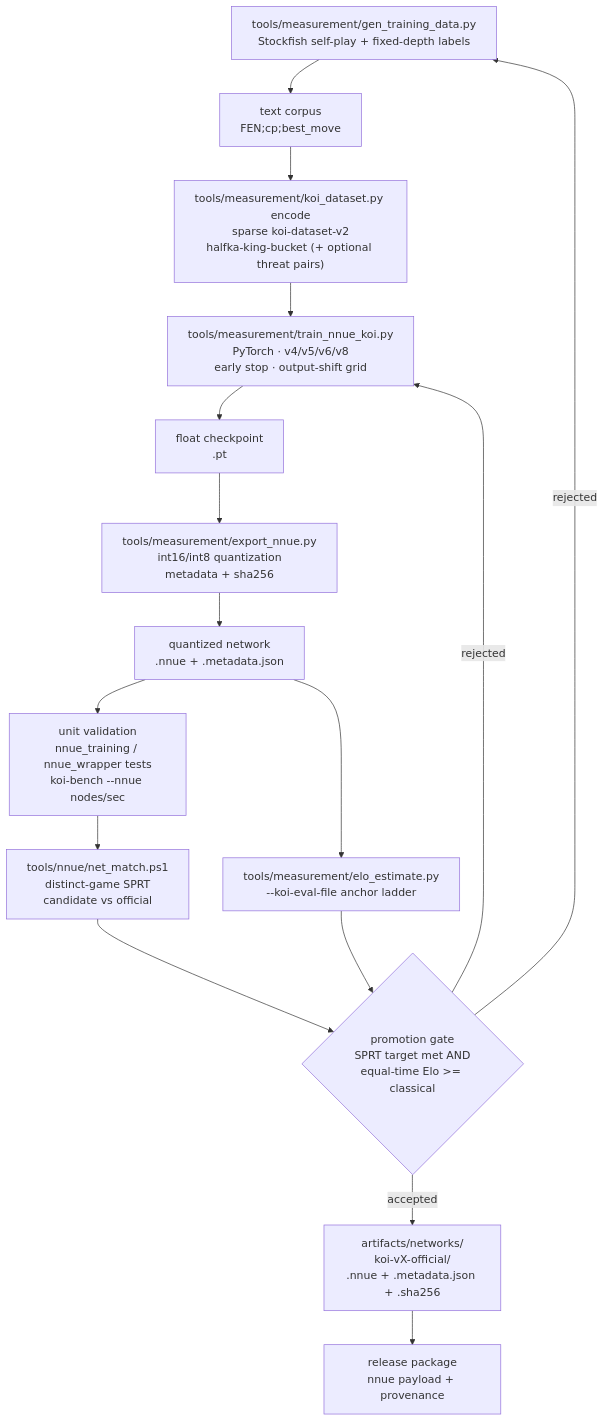
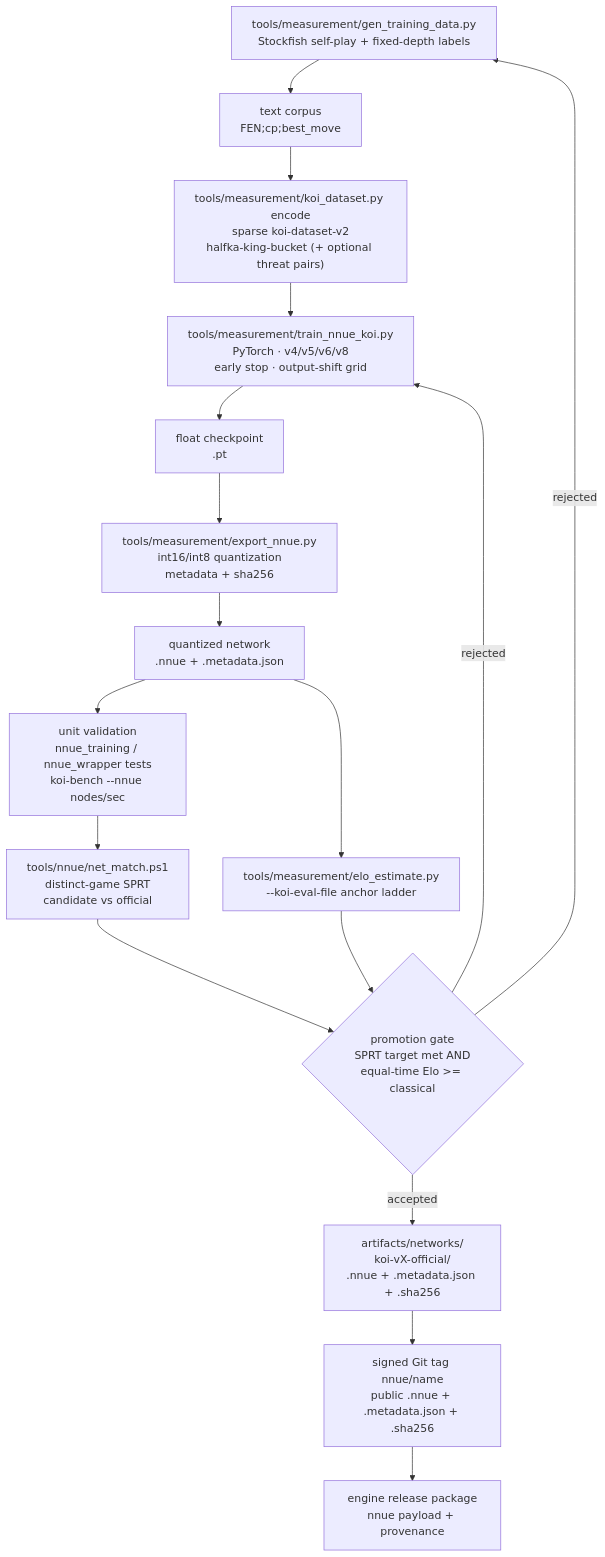
Before and after one commit to nhatquang1701/Koi: the diagram in docs/NNUE_PIPELINE.md, drawn with Mermaid. The commit also changed other lines of this file and 27 other files, not shown here.

````diff
--- a/docs/NNUE_PIPELINE.md
+++ b/docs/NNUE_PIPELINE.md
@@ -5,23 +5,24 @@
 ```mermaid
 flowchart TD
     DATA["tools/measurement/gen_training_data.py<br/>Stockfish self-play + fixed-depth labels"]
     TEXT["text corpus<br/>FEN;cp;best_move"]
     ENCODE["tools/measurement/koi_dataset.py encode<br/>sparse koi-dataset-v2<br/>halfka-king-bucket (+ optional threat pairs)"]
     TRAIN["tools/measurement/train_nnue_koi.py<br/>PyTorch · v4/v5/v6/v8<br/>early stop · output-shift grid"]
     FLOAT["float checkpoint<br/>.pt"]
     EXPORT["tools/measurement/export_nnue.py<br/>int16/int8 quantization<br/>metadata + sha256"]
     NET["quantized network<br/>.nnue + .metadata.json"]
     UNIT["unit validation<br/>nnue_training / nnue_wrapper tests<br/>koi-bench --nnue nodes/sec"]
     AB["tools/nnue/net_match.ps1<br/>distinct-game SPRT<br/>candidate vs official"]
     ABS["tools/measurement/elo_estimate.py<br/>--koi-eval-file anchor ladder"]
     GATE{"promotion gate<br/>SPRT target met AND<br/>equal-time Elo >= classical"}
     OFFICIAL["artifacts/networks/<br/>koi-vX-official/<br/>.nnue + .metadata.json + .sha256"]
-    RELEASE["release package<br/>nnue payload + provenance"]
+    TAG["signed Git tag nnue/name<br/>public .nnue + .metadata.json + .sha256"]
+    RELEASE["engine release package<br/>nnue payload + provenance"]
 
     DATA --> TEXT --> ENCODE --> TRAIN --> FLOAT --> EXPORT --> NET
     NET --> UNIT --> AB --> GATE
     NET --> ABS --> GATE
-    GATE -- "accepted" --> OFFICIAL --> RELEASE
+    GATE -- "accepted" --> OFFICIAL --> TAG --> RELEASE
     GATE -- "rejected" --> DATA
     GATE -- "rejected" --> TRAIN
 ```
````
